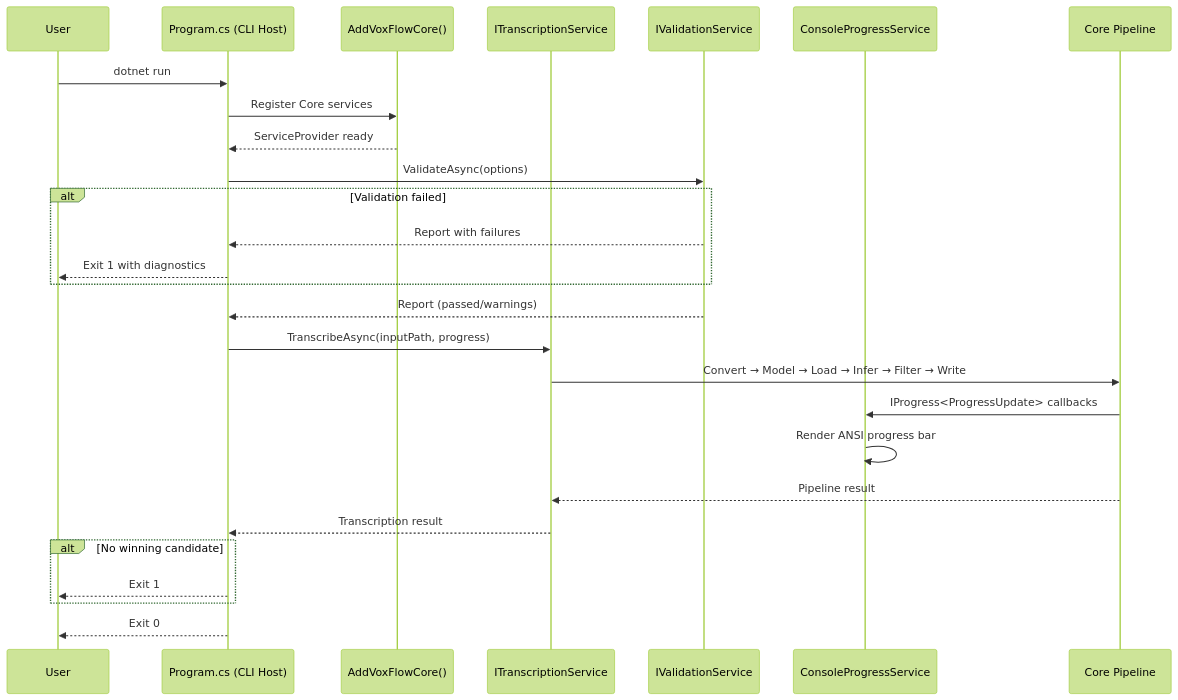
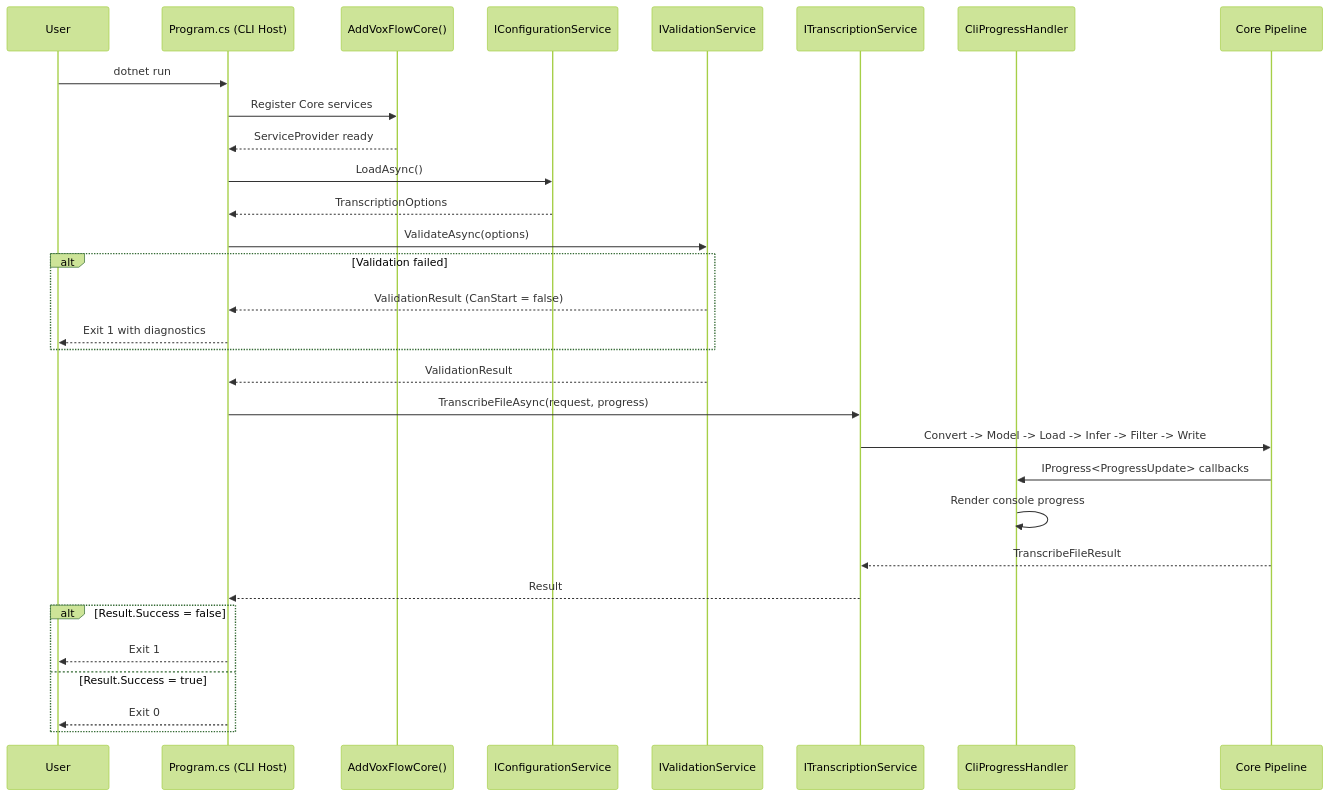
One commit to artemsemdev/VoxFlow changed the first of 6 diagrams in docs/architecture/04-runtime-sequences.md. Above: the diagram before and after it, drawn with Mermaid (forest theme). The commit also changed other lines of this file and 12 other files, not shown here.

````diff
--- a/docs/architecture/04-runtime-sequences.md
+++ b/docs/architecture/04-runtime-sequences.md
@@ -7,35 +7,38 @@
 ```mermaid
 sequenceDiagram
     participant User
     participant Program as Program.cs (CLI Host)
     participant DI as AddVoxFlowCore()
+    participant IConfig as IConfigurationService
+    participant IValidation as IValidationService
     participant ITranscription as ITranscriptionService
-    participant IValidation as IValidationService
-    participant Progress as ConsoleProgressService
+    participant Progress as CliProgressHandler
     participant Core as Core Pipeline
 
     User->>Program: dotnet run
     Program->>DI: Register Core services
     DI-->>Program: ServiceProvider ready
 
+    Program->>IConfig: LoadAsync()
+    IConfig-->>Program: TranscriptionOptions
+
     Program->>IValidation: ValidateAsync(options)
     alt Validation failed
-        IValidation-->>Program: Report with failures
+        IValidation-->>Program: ValidationResult (CanStart = false)
         Program-->>User: Exit 1 with diagnostics
     end
-    IValidation-->>Program: Report (passed/warnings)
+    IValidation-->>Program: ValidationResult
 
-    Program->>ITranscription: TranscribeAsync(inputPath, progress)
-    ITranscription->>Core: Convert → Model → Load → Infer → Filter → Write
+    Program->>ITranscription: TranscribeFileAsync(request, progress)
+    ITranscription->>Core: Convert -> Model -> Load -> Infer -> Filter -> Write
     Core->>Progress: IProgress<ProgressUpdate> callbacks
-    Progress->>Progress: Render ANSI progress bar
-    Core-->>ITranscription: Pipeline result
+    Progress->>Progress: Render console progress
+    Core-->>ITranscription: TranscribeFileResult
+    ITranscription-->>Program: Result
 
-    ITranscription-->>Program: Transcription result
-
-    alt No winning candidate
+    alt Result.Success = false
         Program-->>User: Exit 1
+    else Result.Success = true
+        Program-->>User: Exit 0
     end
-
-    Program-->>User: Exit 0
 ```
````
